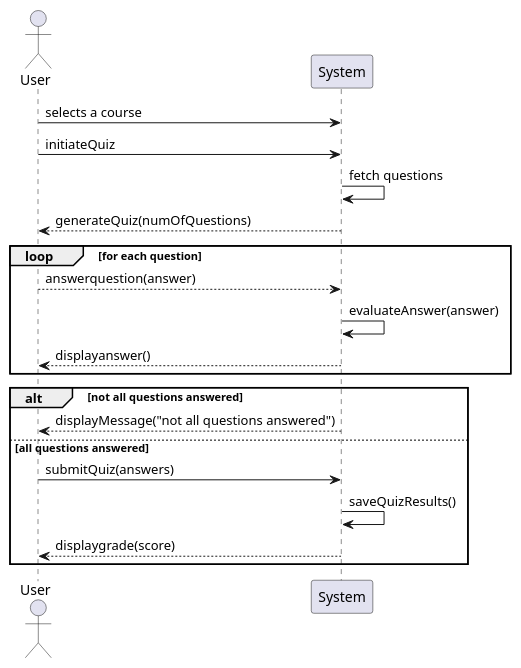
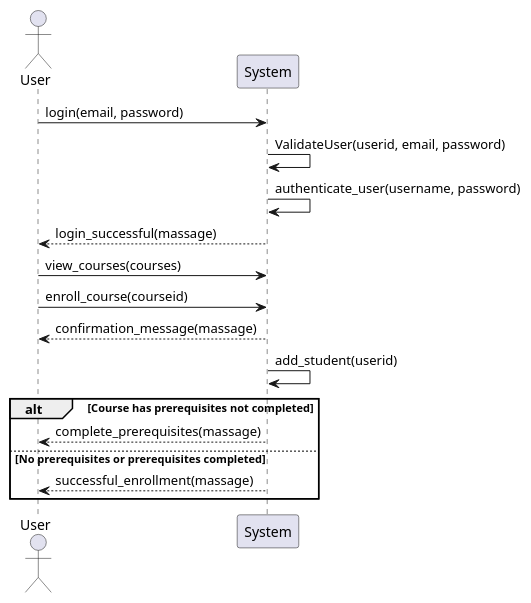
Before and after one commit to Noureqo1/Banana-brain-learning: the diagram in documentation/design/system_sequence_diagram_2.puml, drawn with PlantUML. The commit also changed 10 other files, not shown here.

```diff
--- a/documentation/design/system_sequence_diagram_2.puml
+++ b/documentation/design/system_sequence_diagram_2.puml
@@ -1,24 +1,17 @@
 @startuml
 actor User
 participant System
-
-User -> System: selects a course
-User -> System: initiateQuiz
-System -> System: fetch questions
-System --> User: generateQuiz(numOfQuestions)
-
-
-loop for each question
-    User --> System: answerquestion(answer)
-    System -> System: evaluateAnswer(answer)
-    System --> User: displayanswer()
-end
-
-alt not all questions answered
-    System --> User: displayMessage("not all questions answered")
-else all questions answered
-    User -> System: submitQuiz(answers)
-    System -> System: saveQuizResults()
-    System --> User: displaygrade(score)
+User -> System: login(email, password)
+System -> System: ValidateUser(userid, email, password)
+System -> System: authenticate_user(username, password)
+System --> User: login_successful(massage)
+User -> System: view_courses(courses)
+User -> System: enroll_course(courseid)
+    System --> User: confirmation_message(massage)
+    System -> System: add_student(userid)
+alt Course has prerequisites not completed
+    System --> User: complete_prerequisites(massage)
+else No prerequisites or prerequisites completed
+System --> User: successful_enrollment(massage)
 end
 @enduml
```
